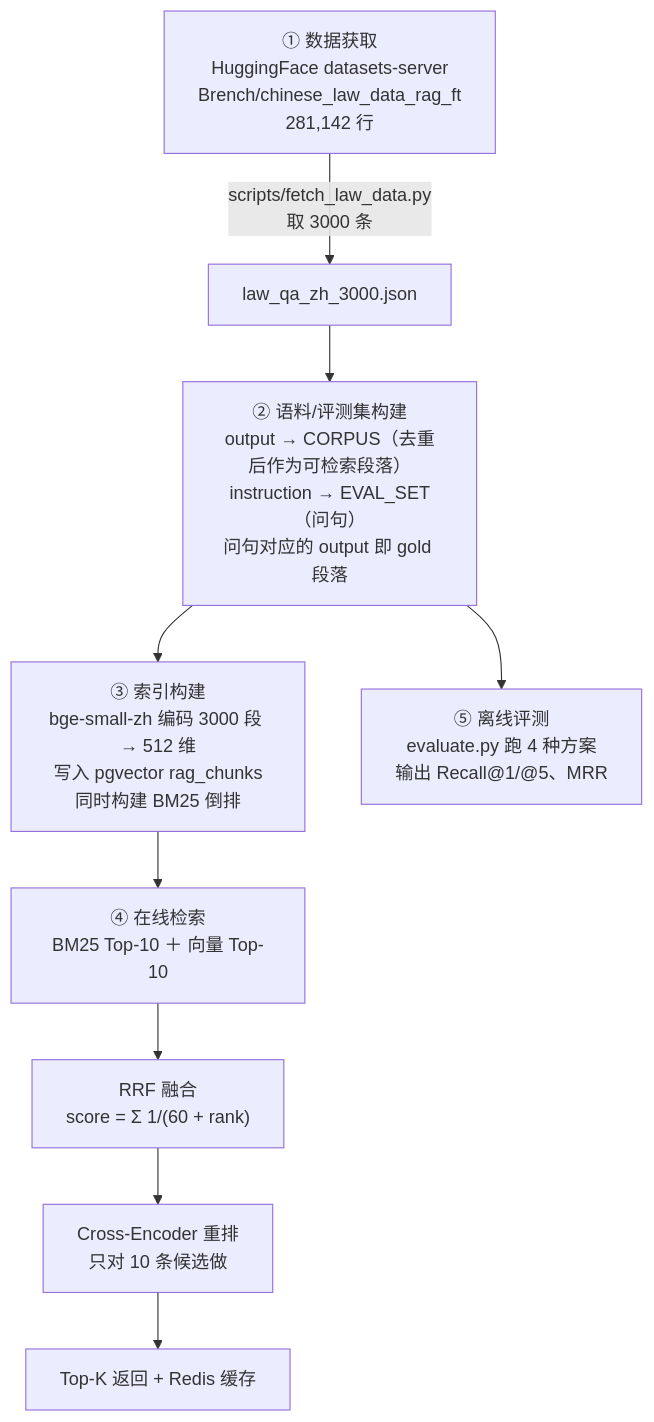
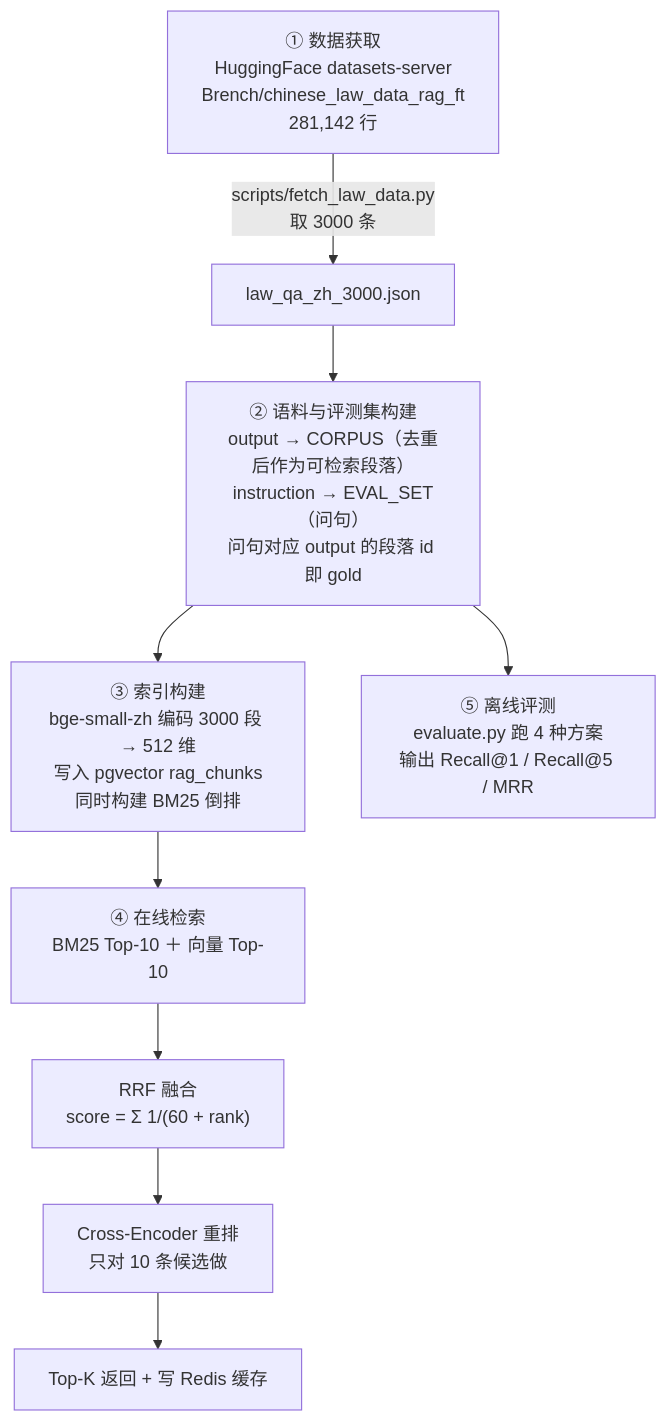
Before and after one commit to Howard-Qin-art/legal-rag-hybrid-retrieval: the diagram in README.md, drawn with Mermaid. The commit also changed other lines of this file and 6 other files, not shown here.

````diff
--- a/README.md
+++ b/README.md
@@ -48,12 +53,12 @@
 ```mermaid
 flowchart TD
     A["① 数据获取<br/>HuggingFace datasets-server<br/>Brench/chinese_law_data_rag_ft<br/>281,142 行"]
     A -->|"scripts/fetch_law_data.py<br/>取 3000 条"| B["law_qa_zh_3000.json"]
-    B --> C["② 语料/评测集构建<br/>output → CORPUS（去重后作为可检索段落）<br/>instruction → EVAL_SET（问句）<br/>问句对应的 output 即 gold 段落"]
+    B --> C["② 语料与评测集构建<br/>output → CORPUS（去重后作为可检索段落）<br/>instruction → EVAL_SET（问句）<br/>问句对应 output 的段落 id 即 gold"]
     C --> D["③ 索引构建<br/>bge-small-zh 编码 3000 段 → 512 维<br/>写入 pgvector rag_chunks<br/>同时构建 BM25 倒排"]
     D --> E["④ 在线检索<br/>BM25 Top-10 ＋ 向量 Top-10"]
     E --> F["RRF 融合<br/>score = Σ 1/(60 + rank)"]
     F --> G["Cross-Encoder 重排<br/>只对 10 条候选做"]
-    G --> H["Top-K 返回 + Redis 缓存"]
-    C --> I["⑤ 离线评测<br/>evaluate.py 跑 4 种方案<br/>输出 Recall@1/@5、MRR"]
+    G --> H["Top-K 返回 + 写 Redis 缓存"]
+    C --> I["⑤ 离线评测<br/>evaluate.py 跑 4 种方案<br/>输出 Recall@1 / Recall@5 / MRR"]
 ```
````
